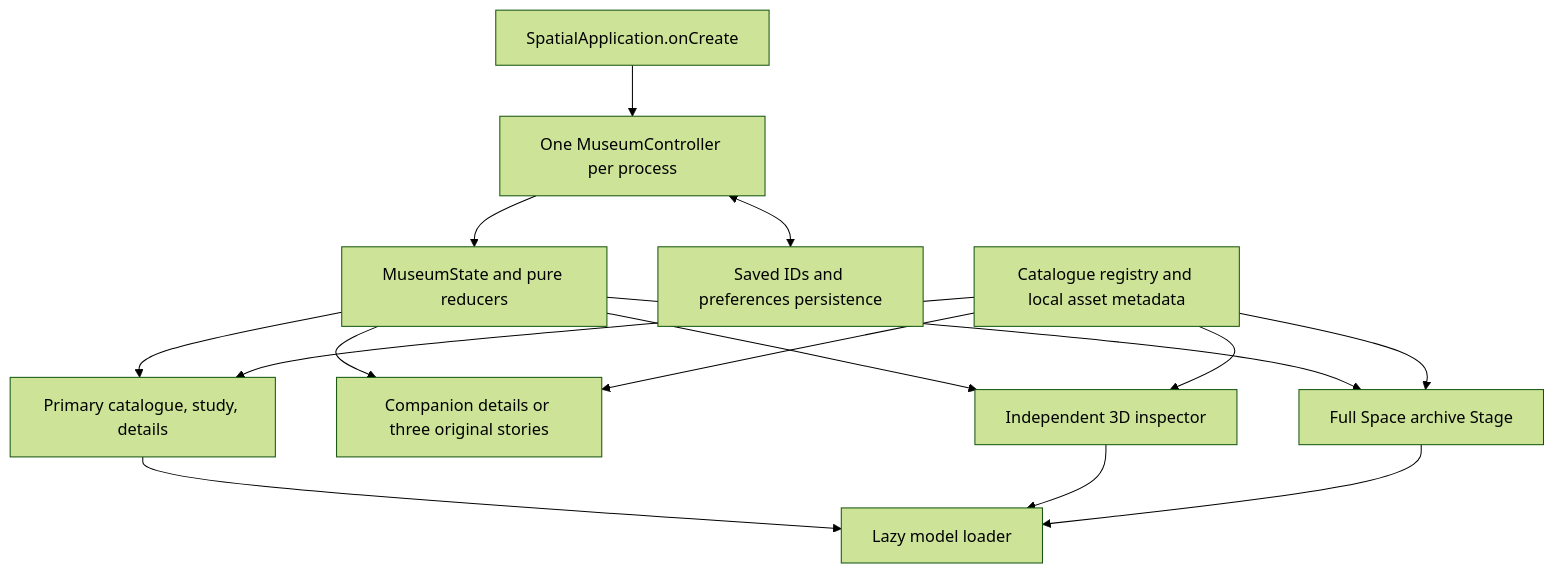
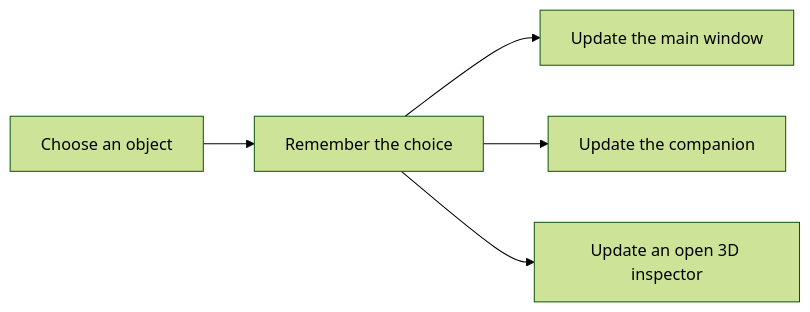
Before and after one commit to sushidoescode/pico-agentic-museum-v2: the diagram in curriculum/ARCHITECTURE_AND_GLOSSARY.md, drawn with Mermaid (forest theme). The commit also changed other lines of this file and 287 other files, not shown here.

````diff
--- a/curriculum/ARCHITECTURE_AND_GLOSSARY.md
+++ b/curriculum/ARCHITECTURE_AND_GLOSSARY.md
@@ -5,17 +7,7 @@
 ```mermaid
-flowchart TD
-    A[SpatialApplication.onCreate] --> B[One MuseumController per process]
-    B --> C[MuseumState and pure reducers]
-    B <--> D[Saved IDs and preferences persistence]
-    C --> E[Primary catalogue, study, details]
-    C --> F[Companion details or three original stories]
-    C --> G[Independent 3D inspector]
-    C --> H[Full Space archive Stage]
-    I[Catalogue registry and local asset metadata] --> E
-    I --> F
-    I --> G
-    I --> H
-    E --> J[Lazy model loader]
-    G --> J
-    H --> J
+flowchart LR
+    A[Choose an object] --> B[Remember the choice]
+    B --> C[Update the main window]
+    B --> D[Update the companion]
+    B --> E[Update an open 3D inspector]
 ```
````
